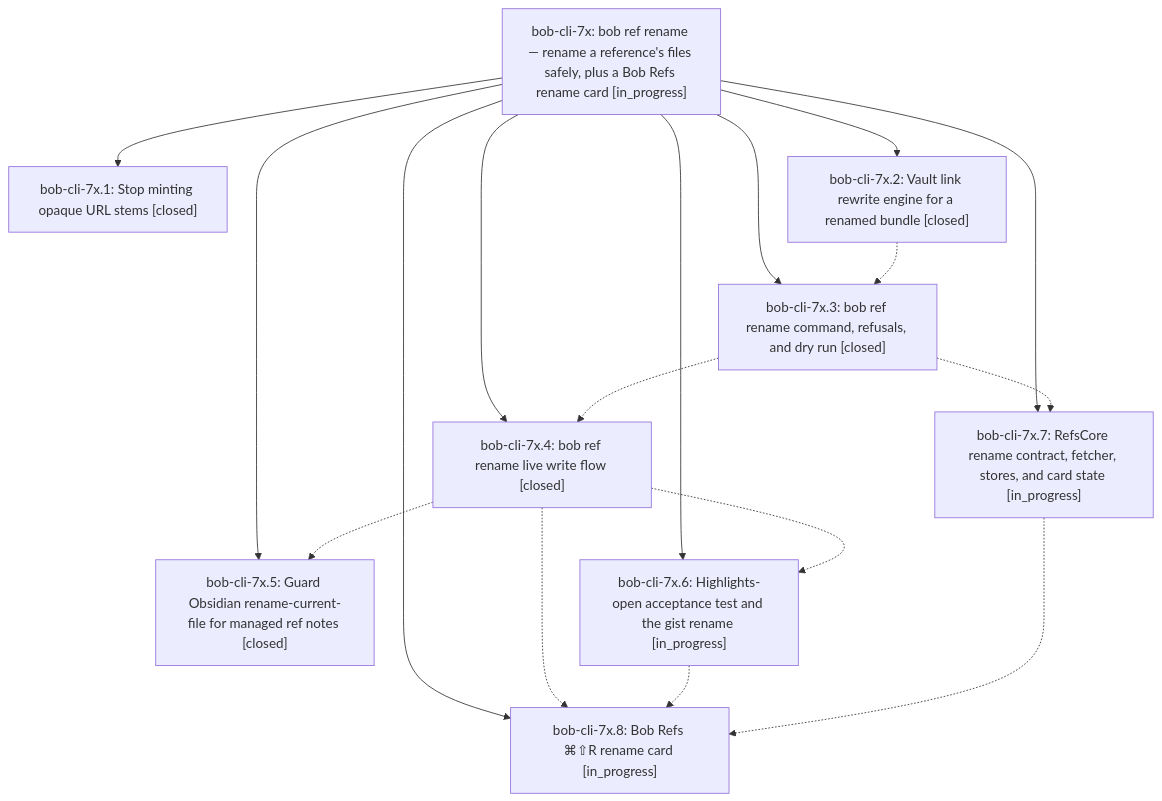
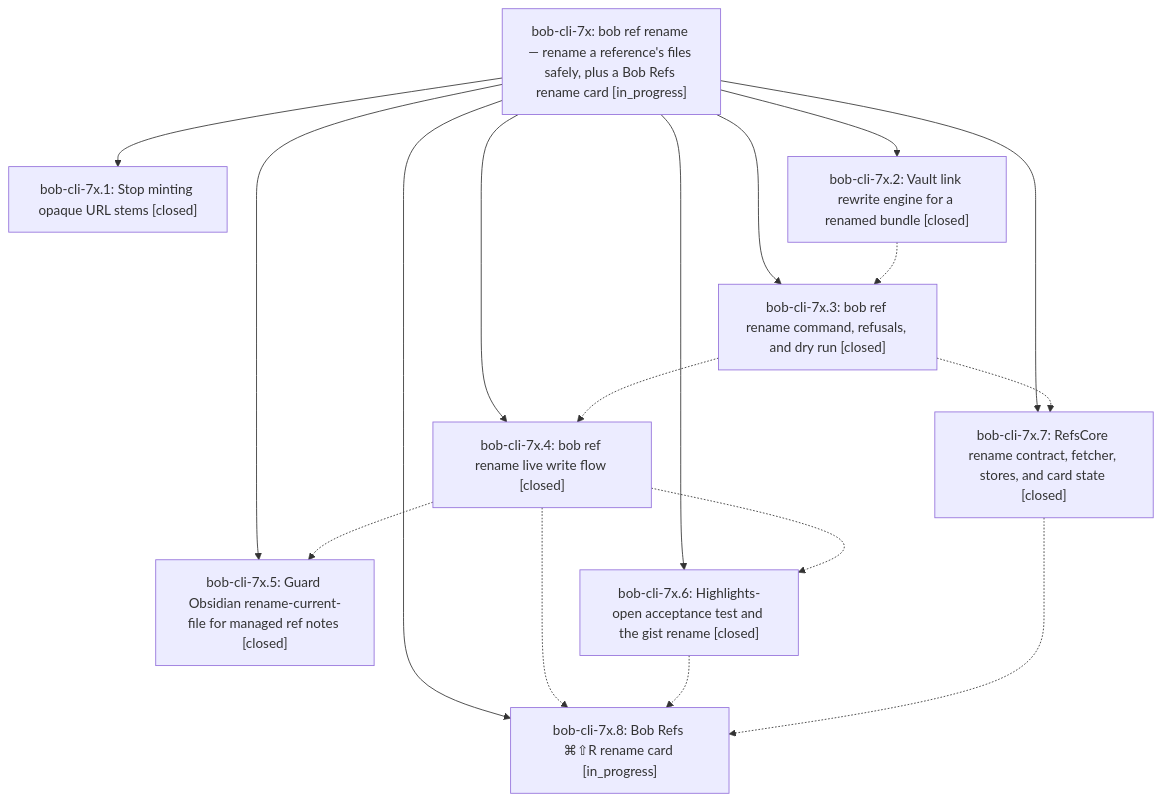
Before and after one commit to bobs-org/bob-cli--beads: the diagram in pages/bob-cli-7x/README.md, drawn with Mermaid. The commit also changed other lines of this file and 6 other files, not shown here.

First line of the commit message:
chore(beads): sync bead state and pages for bob-cli-7x

````diff
--- a/pages/bob-cli-7x/README.md
+++ b/pages/bob-cli-7x/README.md
@@ -43,28 +43,28 @@
 ```mermaid
 flowchart TD
     n0["bob-cli-7x: bob ref rename — rename a reference's files safely, plus a Bob Refs rename card [in_progress]"]
     n1["bob-cli-7x.1: Stop minting opaque URL stems [closed]"]
     n2["bob-cli-7x.2: Vault link rewrite engine for a renamed bundle [closed]"]
     n3["bob-cli-7x.3: bob ref rename command, refusals, and dry run [closed]"]
     n4["bob-cli-7x.4: bob ref rename live write flow [closed]"]
     n5["bob-cli-7x.5: Guard Obsidian rename-current-file for managed ref notes [closed]"]
-    n6["bob-cli-7x.6: Highlights-open acceptance test and the gist rename [in_progress]"]
-    n7["bob-cli-7x.7: RefsCore rename contract, fetcher, stores, and card state [in_progress]"]
+    n6["bob-cli-7x.6: Highlights-open acceptance test and the gist rename [closed]"]
+    n7["bob-cli-7x.7: RefsCore rename contract, fetcher, stores, and card state [closed]"]
     n8["bob-cli-7x.8: Bob Refs ⌘⇧R rename card [in_progress]"]
     n0 --> n1
     n0 --> n2
     n0 --> n3
     n0 --> n4
     n0 --> n5
     n0 --> n6
     n0 --> n7
     n0 --> n8
     n2 -.-> n3
     n3 -.-> n4
     n3 -.-> n7
     n4 -.-> n5
     n4 -.-> n6
     n4 -.-> n8
     n6 -.-> n8
     n7 -.-> n8
 ```
````
